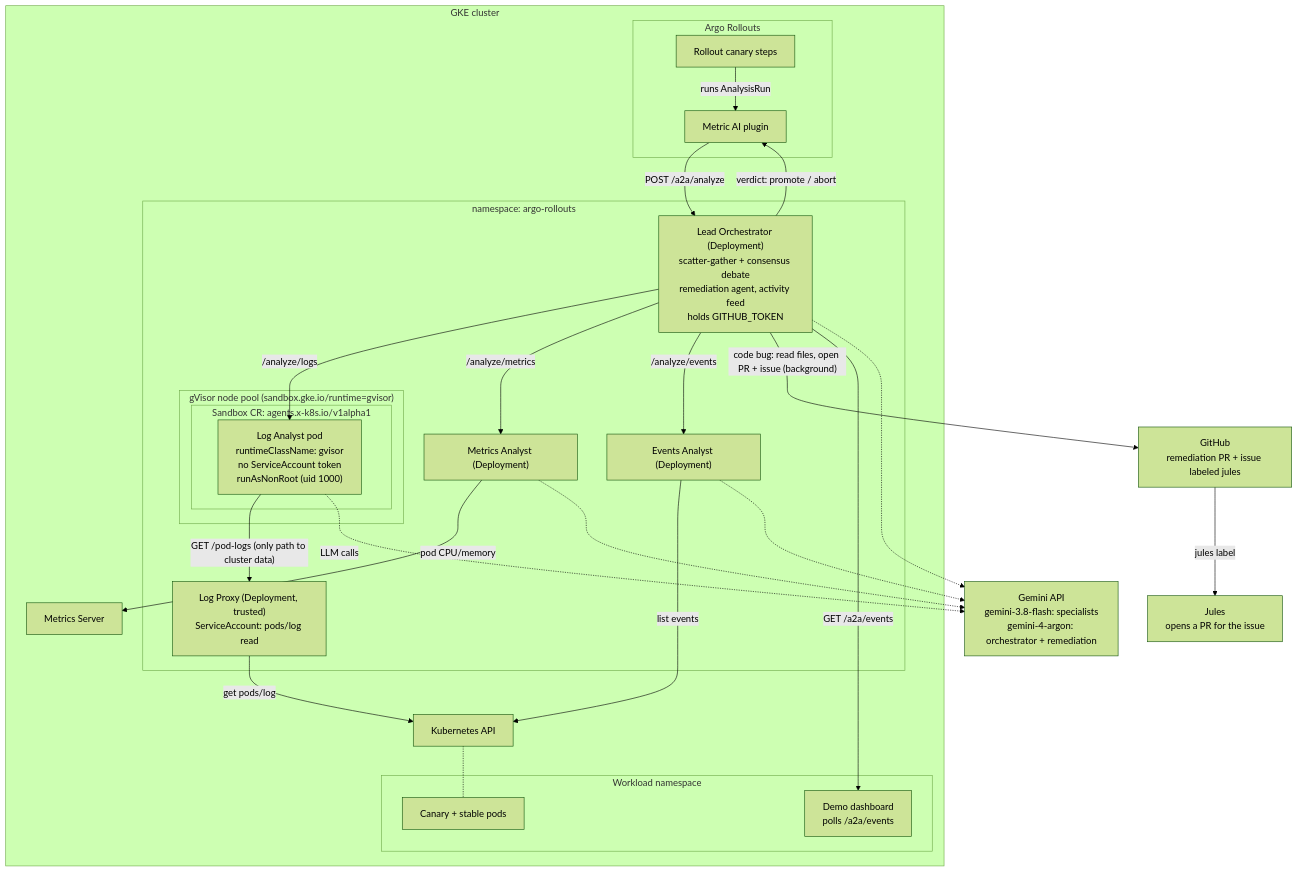
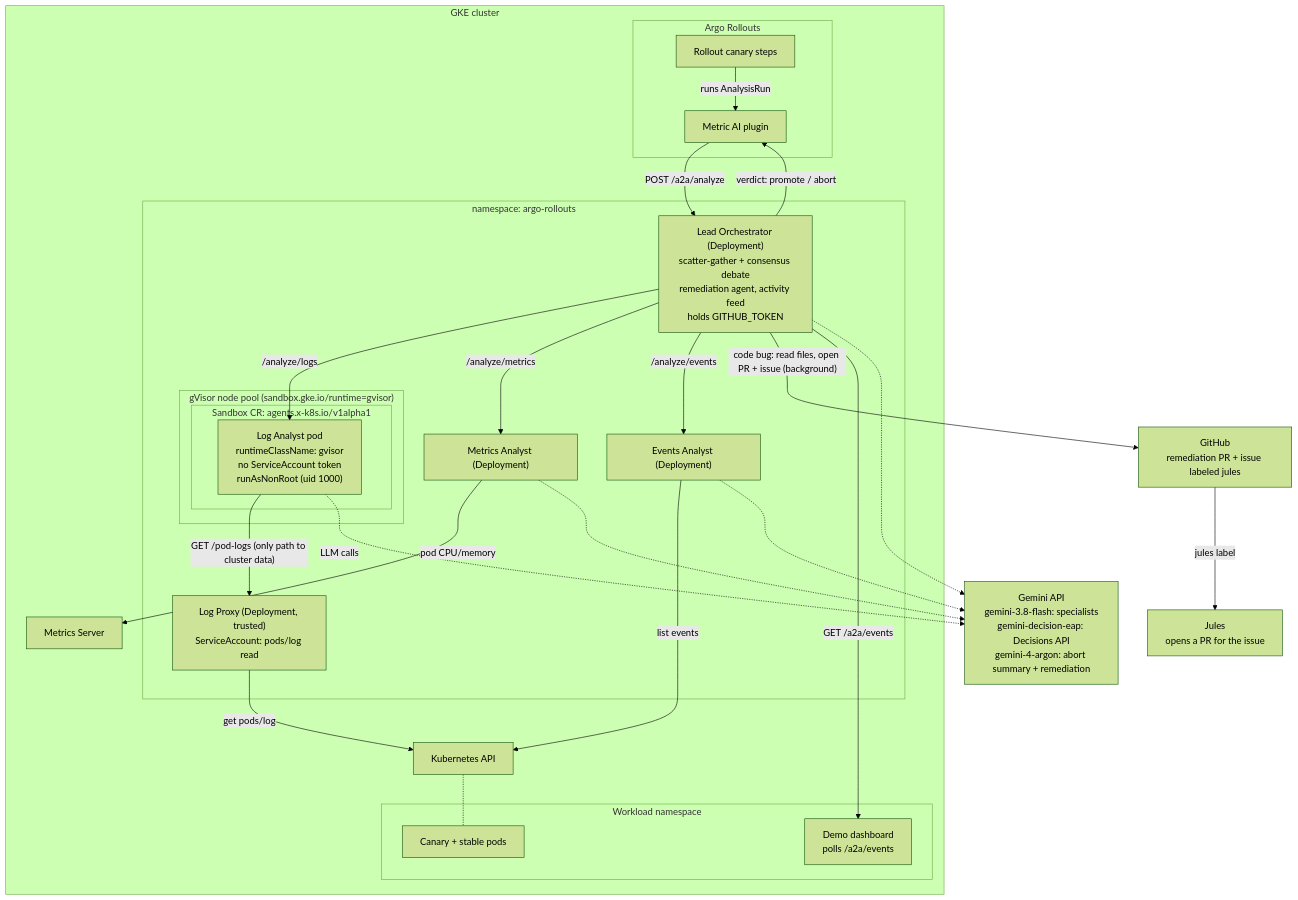
One commit to carlossg/kubernetes-agents-antigravity changed the diagram in docs/architecture.md. Above: the diagram before and after it, drawn with Mermaid (forest theme). The commit also changed other lines of this file and 6 other files, not shown here.

Commit message:
feat(orchestrator): use Gemini Decisions REST API to evaluate specialist reports

````diff
--- a/docs/architecture.md
+++ b/docs/architecture.md
@@ -10,51 +10,51 @@
 ```mermaid
 graph TB
     subgraph cluster["GKE cluster"]
         subgraph argo["Argo Rollouts"]
             Rollout["Rollout canary steps"] -->|"runs AnalysisRun"| Plugin["Metric AI plugin"]
         end
 
         subgraph ns["namespace: argo-rollouts"]
             Orch["Lead Orchestrator (Deployment)<br/>scatter-gather + consensus debate<br/>remediation agent, activity feed<br/>holds GITHUB_TOKEN"]
             Metrics["Metrics Analyst (Deployment)"]
             Events["Events Analyst (Deployment)"]
             Proxy["Log Proxy (Deployment, trusted)<br/>ServiceAccount: pods/log read"]
 
             subgraph sbnode["gVisor node pool (sandbox.gke.io/runtime=gvisor)"]
                 subgraph sb["Sandbox CR: agents.x-k8s.io/v1alpha1"]
                     Logs["Log Analyst pod<br/>runtimeClassName: gvisor<br/>no ServiceAccount token<br/>runAsNonRoot (uid 1000)"]
                 end
             end
         end
 
         subgraph app["Workload namespace"]
             Canary["Canary + stable pods"]
             Dash["Demo dashboard<br/>polls /a2a/events"]
         end
 
         K8s["Kubernetes API"]
         MS["Metrics Server"]
     end
 
-    Gemini["Gemini API<br/>gemini-3.8-flash: specialists<br/>gemini-4-argon: orchestrator + remediation"]
+    Gemini["Gemini API<br/>gemini-3.8-flash: specialists<br/>gemini-decision-eap: Decisions API<br/>gemini-4-argon: abort summary + remediation"]
     GH["GitHub<br/>remediation PR + issue labeled jules"]
     Jules["Jules<br/>opens a PR for the issue"]
 
     Plugin -->|"POST /a2a/analyze"| Orch
     Orch -->|"/analyze/logs"| Logs
     Orch -->|"/analyze/metrics"| Metrics
     Orch -->|"/analyze/events"| Events
     Logs -->|"GET /pod-logs (only path to cluster data)"| Proxy
     Proxy -->|"get pods/log"| K8s
     Metrics -->|"pod CPU/memory"| MS
     Events -->|"list events"| K8s
     K8s -.- Canary
     Orch -->|"verdict: promote / abort"| Plugin
     Orch -->|"code bug: read files, open PR + issue (background)"| GH
     GH -->|"jules label"| Jules
     Orch -->|"GET /a2a/events"| Dash
     Logs -.->|"LLM calls"| Gemini
     Metrics -.-> Gemini
     Events -.-> Gemini
     Orch -.-> Gemini
 ```
````
